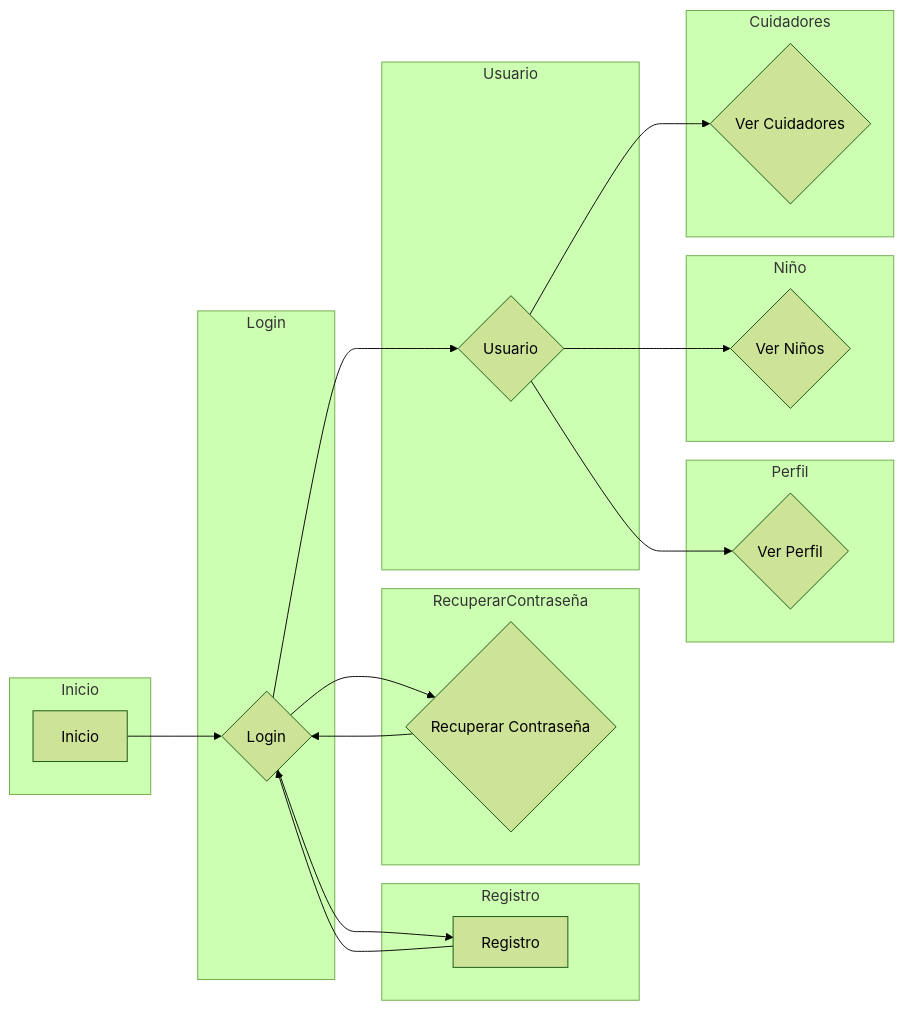
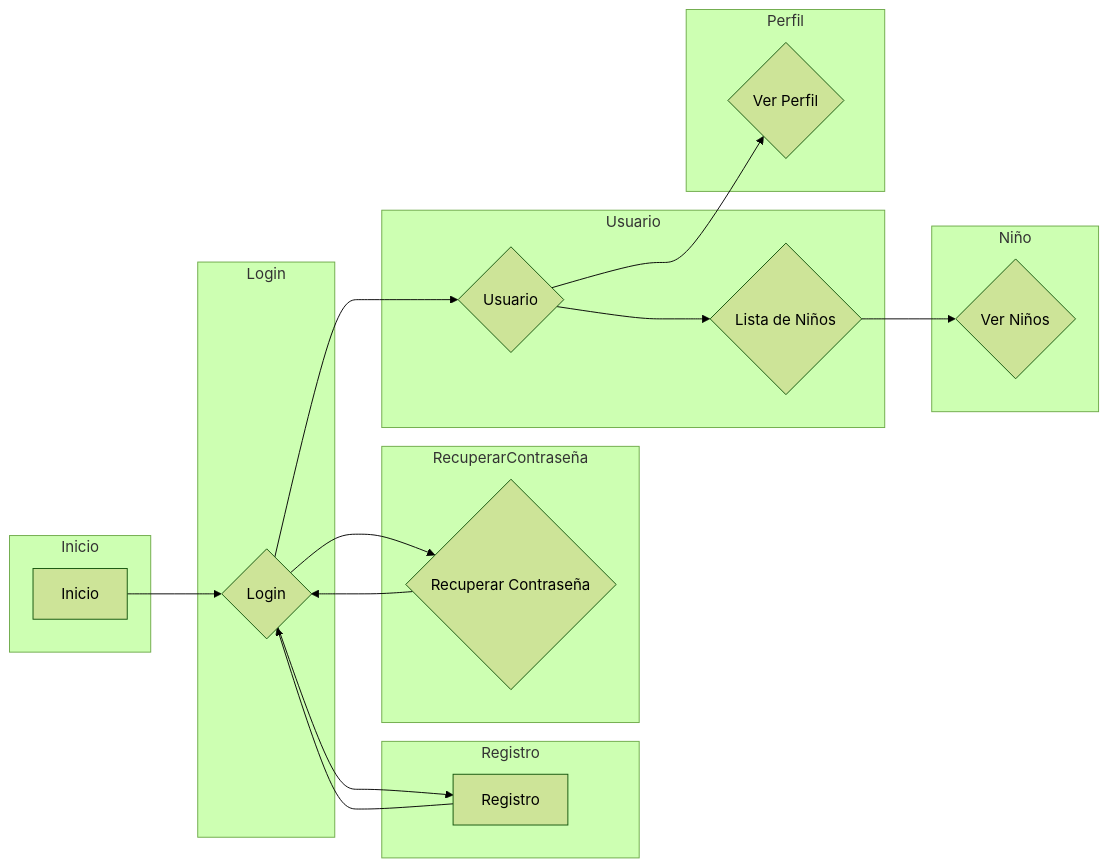
One commit to mactiburon/tapatapp changed the diagram in DiagramaVista.mermaid. Above: the diagram before and after it, drawn with Mermaid (forest theme).

Commit message:
DiagramaVista.mermaid

```diff
--- a/DiagramaVista.mermaid
+++ b/DiagramaVista.mermaid
@@ -1,35 +1,33 @@
 graph LR
     subgraph Inicio
         A[Inicio]
     end
     subgraph Login
         B{Login}
     end
     subgraph Registro
         C[Registro]
     end
     subgraph RecuperarContraseña
         D{Recuperar Contraseña}
     end
     subgraph Usuario
         E{Usuario}
+        I{Lista de Niños}
     end
     subgraph Perfil
         F{Ver Perfil}
     end
     subgraph Niño
         G{Ver Niños}
-    end
-    subgraph Cuidadores
-        H{Ver Cuidadores}
     end
 
     A --> B
     B --> C
     B --> D
     C --> B
     D --> B
     B --> E
     E --> F
-    E --> G
-    E --> H
+    E --> I
+    I --> G
```
